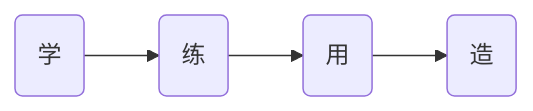
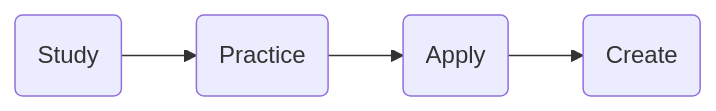
The first of 4 diagrams in en/08.md (Dreamwalkor/little-book-of-ai), drawn with Mermaid before and after one commit. The commit also changed other lines of this file and 27 other files, not shown here.

````diff
--- a/en/08.md
+++ b/en/08.md
@@ -334,4 +283,4 @@
 ```mermaid
 flowchart LR
-learn(学)-->practice(练)-->apply(用)-->create(造)
+learn(Study)-->practice(Practice)-->apply(Apply)-->create(Create)
 ```
````
